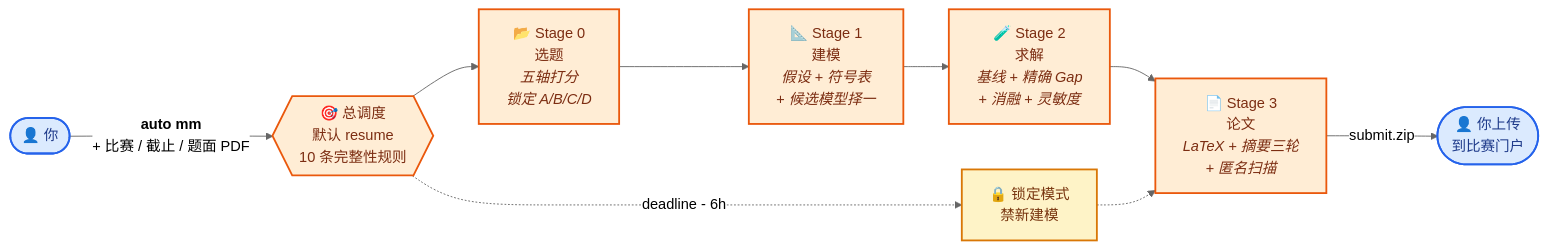
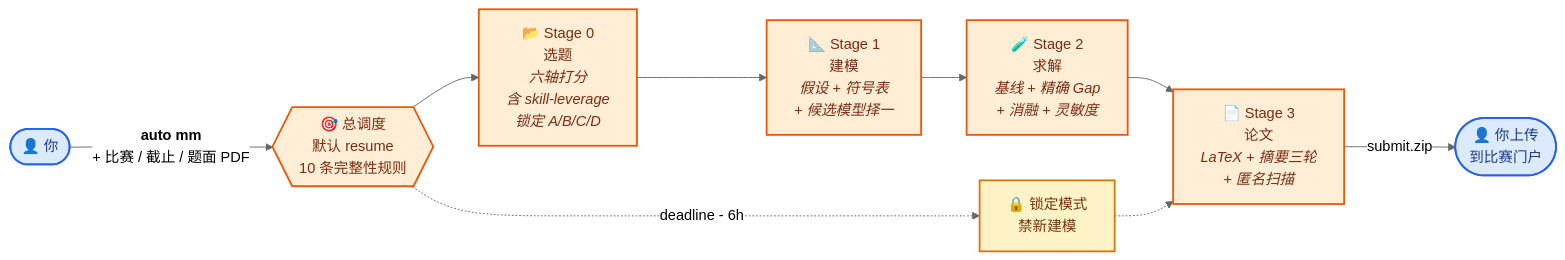
Before and after one commit to deafenken/auto-MM: the diagram in README.zh-CN.md, drawn with Mermaid (neutral theme). The commit also changed other lines of this file and 5 other files, not shown here.

````diff
--- a/README.zh-CN.md
+++ b/README.zh-CN.md
@@ -22,17 +22,17 @@
 ```mermaid
 flowchart LR
     U(["👤 你"]) -->|"<b>auto mm</b><br/>+ 比赛 / 截止 / 题面 PDF"| O{{"🎯 总调度<br/>默认 resume<br/>10 条完整性规则"}}
-    O --> S0["📂 Stage 0<br/>选题<br/><i>五轴打分<br/>锁定 A/B/C/D</i>"]
+    O --> S0["📂 Stage 0<br/>选题<br/><i>六轴打分<br/>含 skill-leverage<br/>锁定 A/B/C/D</i>"]
     S0 --> S1["📐 Stage 1<br/>建模<br/><i>假设 + 符号表<br/>+ 候选模型择一</i>"]
     S1 --> S2["🧪 Stage 2<br/>求解<br/><i>基线 + 精确 Gap<br/>+ 消融 + 灵敏度</i>"]
     S2 --> S3["📄 Stage 3<br/>论文<br/><i>LaTeX + 摘要三轮<br/>+ 匿名扫描</i>"]
     S3 -->|"submit.zip"| H(["👤 你上传<br/>到比赛门户"])
     O -.->|"deadline - 6h"| L["🔒 锁定模式<br/>禁新建模"]
     L -.-> S3
     classDef hot fill:#FFEDD5,stroke:#EA580C,color:#7C2D12,stroke-width:2px;
     classDef cold fill:#DBEAFE,stroke:#2563EB,color:#1E3A8A,stroke-width:2px;
     classDef warn fill:#FEF3C7,stroke:#D97706,color:#78350F,stroke-width:2px;
     class O,S0,S1,S2,S3 hot
     class U,H cold
     class L warn
 ```
````
